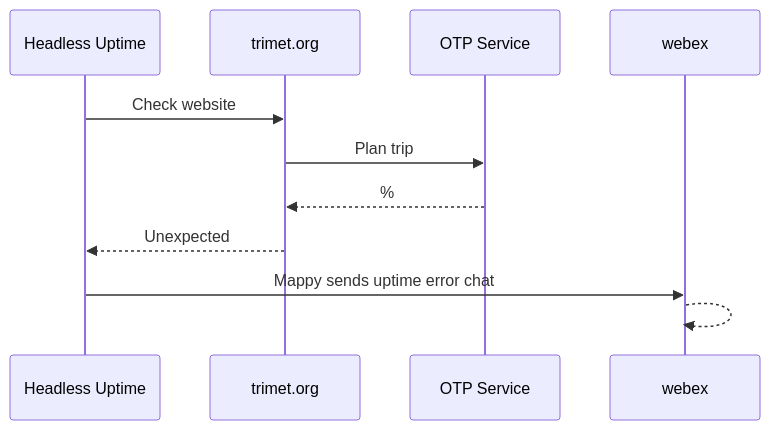
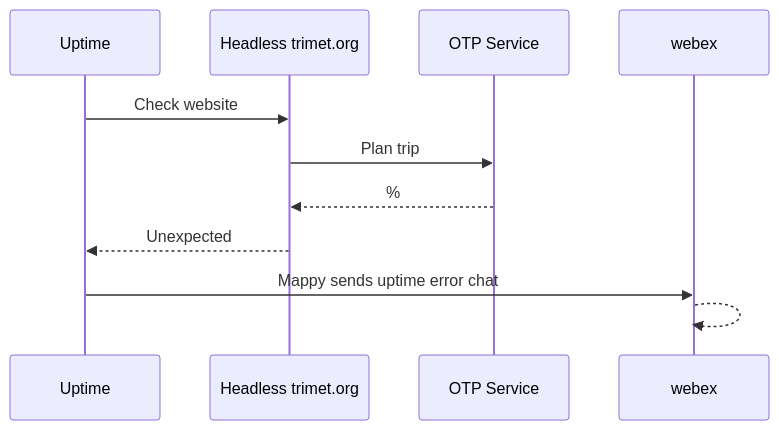
Before and after one commit to OpenTransitTools/tests: the second of 2 diagrams in ott/tests/uptime/README.md, drawn with Mermaid. The commit also changed other lines of this file, not shown here.

Commit message:
Cleanup README for uptime tests and Playwright usage

````diff
--- a/ott/tests/uptime/README.md
+++ b/ott/tests/uptime/README.md
@@ -25,14 +25,14 @@
 ```mermaid
 sequenceDiagram
-    participant Headless as Headless Uptime
-    participant Trimet as trimet.org
+    participant Headless as Uptime
+    participant Trimet as Headless trimet.org
     participant OTP as OTP Service
     participant Webex as webex
 
     Headless->>Trimet: Check website
     Trimet->>OTP: Plan trip
     OTP-->>Trimet:   %
     Trimet-->>Headless: Unexpected
     Headless->>Webex: Mappy sends uptime error chat
     Webex-->>Webex:
 ```
````
